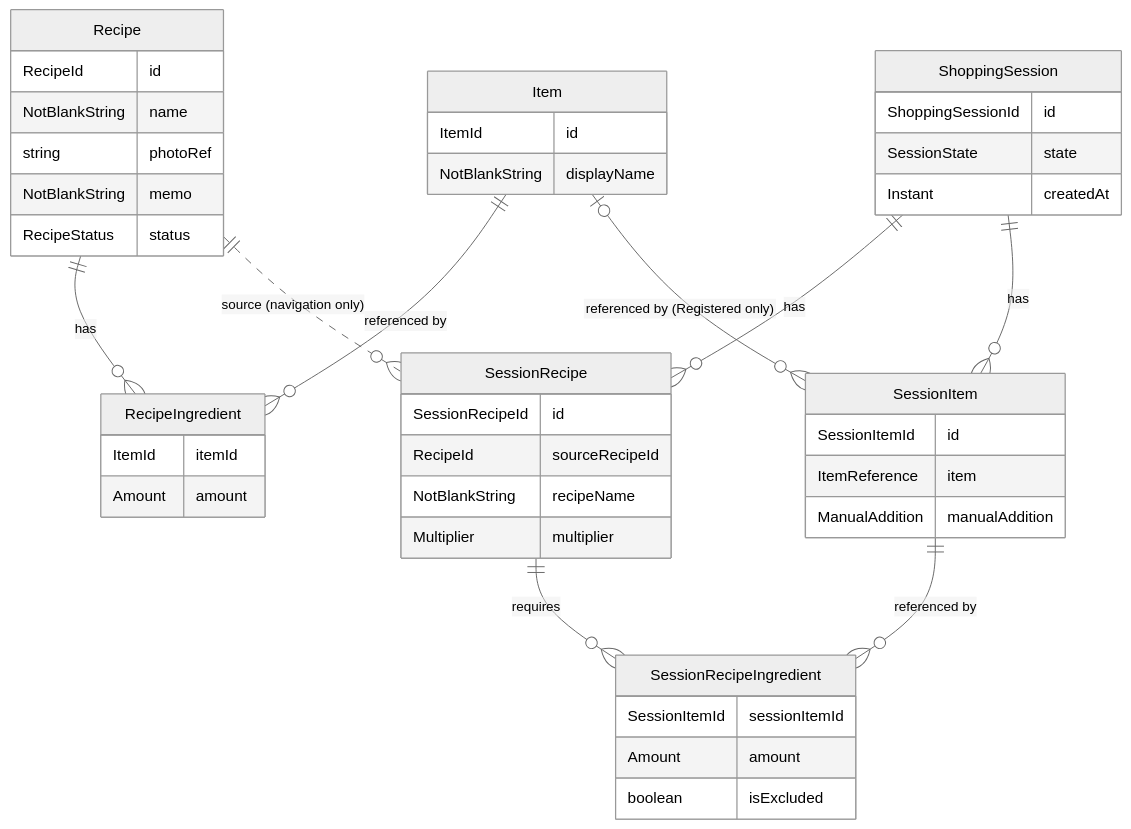
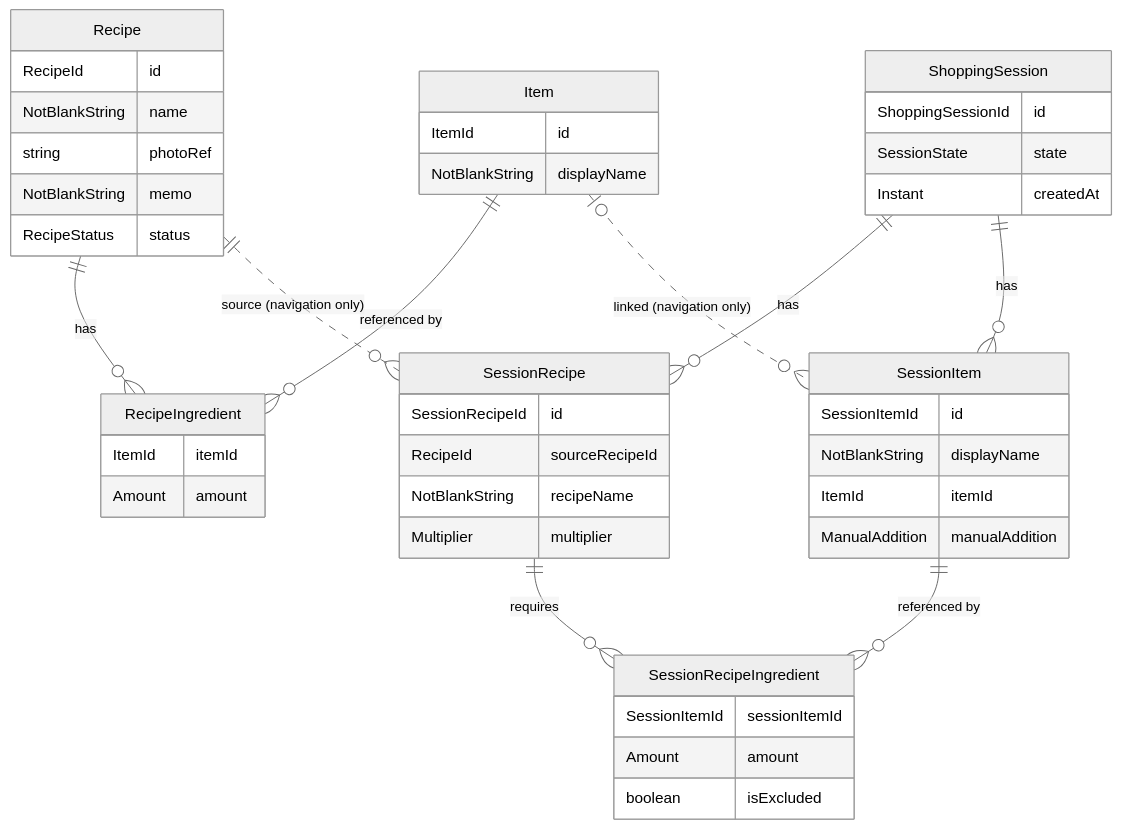
The diagram in docs/architecture.md (kyo1941/RecipeDeck), drawn with Mermaid (neutral theme) before and after one commit. The commit also changed other lines of this file and 7 other files, not shown here.

First line of the commit message:
refactor: Session に Item の表示名を写し、Item から独立させる

````diff
--- a/docs/architecture.md
+++ b/docs/architecture.md
@@ -57,55 +57,56 @@
 ```mermaid
 erDiagram
     Recipe ||--o{ RecipeIngredient : "has"
     Item ||--o{ RecipeIngredient : "referenced by"
 
     ShoppingSession ||--o{ SessionRecipe : "has"
     ShoppingSession ||--o{ SessionItem : "has"
     SessionRecipe ||--o{ SessionRecipeIngredient : "requires"
     SessionItem ||--o{ SessionRecipeIngredient : "referenced by"
-    Item |o--o{ SessionItem : "referenced by (Registered only)"
+    Item |o..o{ SessionItem : "linked (navigation only)"
     Recipe ||..o{ SessionRecipe : "source (navigation only)"
 
     Recipe {
         RecipeId id
         NotBlankString name
         string photoRef
         NotBlankString memo
         RecipeStatus status
     }
 
     Item {
         ItemId id
         NotBlankString displayName
     }
 
     RecipeIngredient {
         ItemId itemId
         Amount amount
     }
 
     ShoppingSession {
         ShoppingSessionId id
         SessionState state
         Instant createdAt
     }
 
     SessionRecipe {
         SessionRecipeId id
         RecipeId sourceRecipeId
         NotBlankString recipeName
         Multiplier multiplier
     }
 
     SessionItem {
         SessionItemId id
-        ItemReference item
+        NotBlankString displayName
+        ItemId itemId
         ManualAddition manualAddition
     }
 
     SessionRecipeIngredient {
         SessionItemId sessionItemId
         Amount amount
         boolean isExcluded
     }
 ```
````
